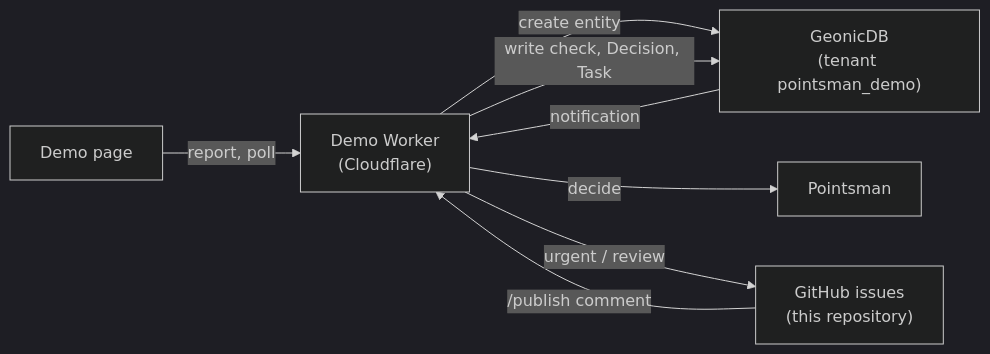
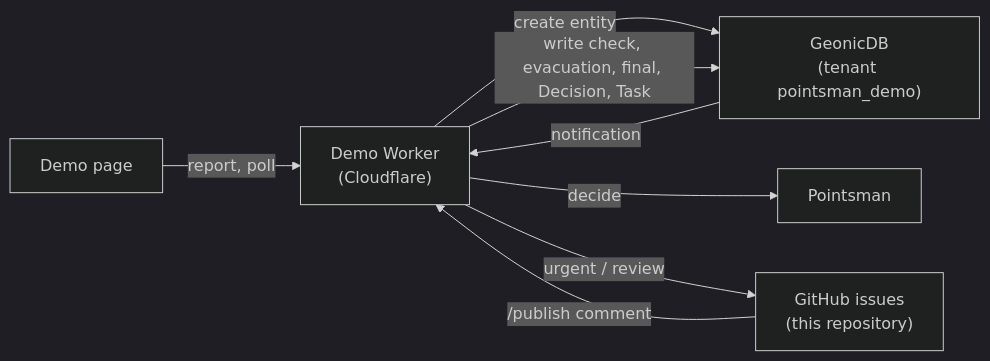
One commit to geolonia/pointsman-demo changed the diagram in README.md. Above: the diagram before and after it, drawn with Mermaid (dark theme). The commit also changed other lines of this file and 8 other files, not shown here.

First line of the commit message:
Final result: a third decision from the first two, shown as the headline (#56)

````diff
--- a/README.md
+++ b/README.md
@@ -23,10 +23,10 @@
 ```mermaid
 flowchart LR
   Page["Demo page"] -->|report, poll| W["Demo Worker<br/>(Cloudflare)"]
   W -->|create entity| B["GeonicDB<br/>(tenant pointsman_demo)"]
   B -->|notification| W
   W -->|decide| P["Pointsman"]
-  W -->|write check, Decision, Task| B
+  W -->|write check, evacuation, final, Decision, Task| B
   W -->|urgent / review| G["GitHub issues<br/>(this repository)"]
   G -->|"/publish comment"| W
 ```
````
